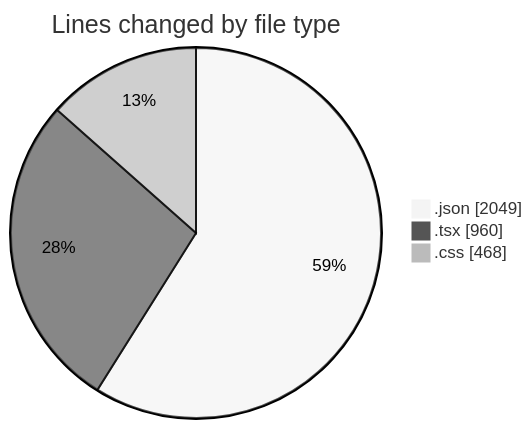
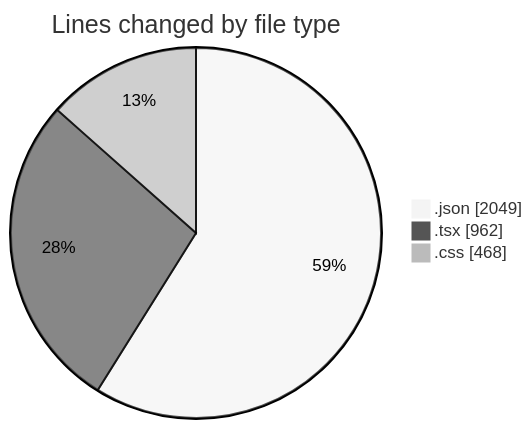
One commit to EIIisD/code-tracking changed the first of 2 diagrams in 2025-08-14/ribbon/README.md. Above: the diagram before and after it, drawn with Mermaid (neutral theme). The commit also changed other lines of this file and 1 other file, not shown here.

````diff
--- a/2025-08-14/ribbon/README.md
+++ b/2025-08-14/ribbon/README.md
@@ -27,7 +27,7 @@
 ```mermaid
 pie showData
 title Lines changed by file type
 ".json" : 2049
-".tsx" : 960
+".tsx" : 962
 ".css" : 468
 ```
````
